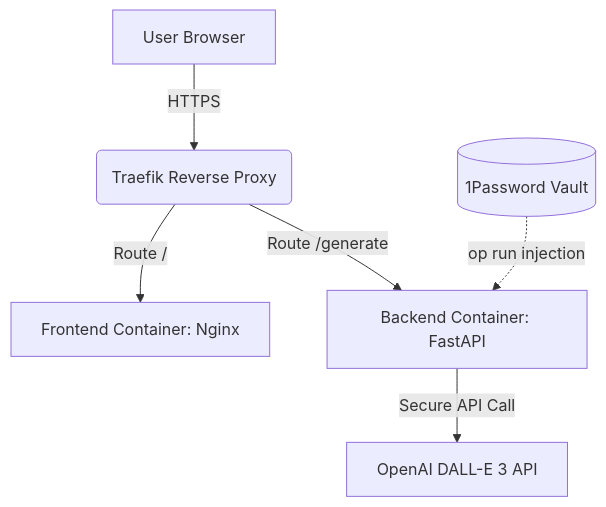
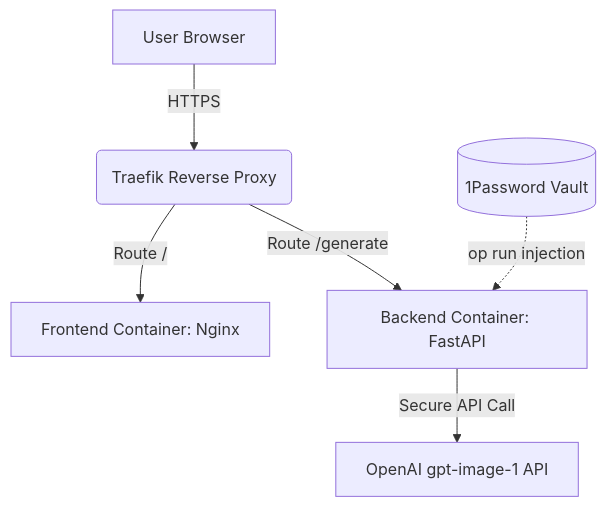
The diagram in README.md (willianpinho/lumina-art), drawn with Mermaid before and after one commit. The commit also changed other lines of this file, not shown here.

Commit message:
docs(readme): correct model to gpt-image-1 and drop false rate-limit claim
The backend does not implement rate limiting, so remove that claim from the Secure Proxy Pattern section. Update the architecture diagram node from OpenAI DALL-E 3 API to OpenAI gpt-image-1 API to match the code and the top badge.

````diff
--- a/README.md
+++ b/README.md
@@ -83,8 +83,8 @@
 ```mermaid
 graph TD
     A[User Browser] -->|HTTPS| B(Traefik Reverse Proxy)
     B -->|Route /| C[Frontend Container: Nginx]
     B -->|Route /generate| D[Backend Container: FastAPI]
-    D -->|Secure API Call| E[OpenAI DALL-E 3 API]
+    D -->|Secure API Call| E[OpenAI gpt-image-1 API]
     F[(1Password Vault)] -.->|op run injection| D
 ```
````
